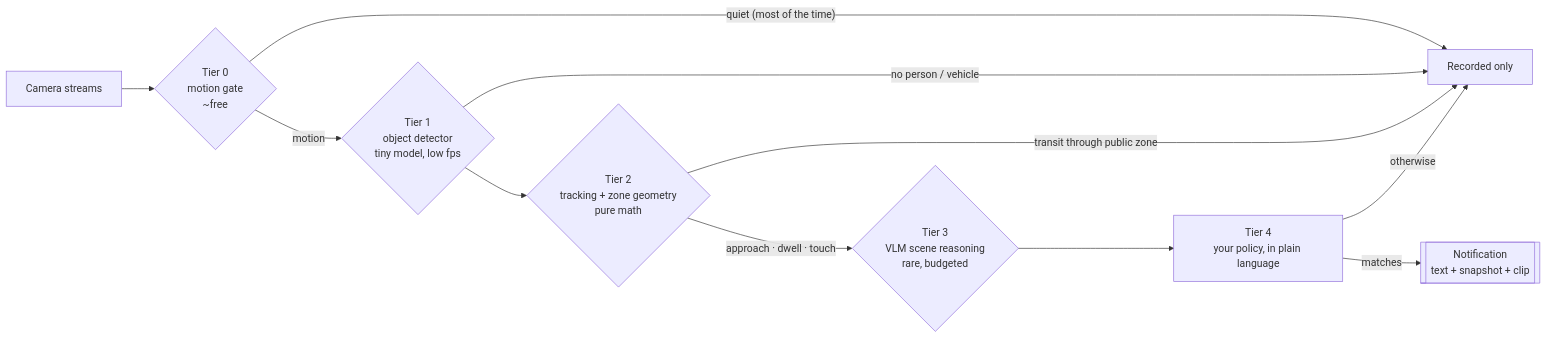
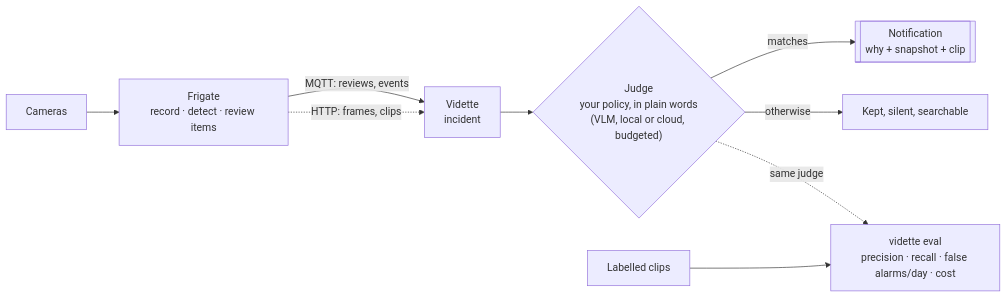
One commit to baadev/vidette changed the diagram in README.md. Above: the diagram before and after it, drawn with Mermaid. The commit also changed other lines of this file and 237 other files, not shown here.

First line of the commit message:
feat!: v0.2 intent layer over Frigate (development snapshot)

````diff
--- a/README.md
+++ b/README.md
@@ -85,23 +76,17 @@
 ```mermaid
 flowchart LR
-    A[Camera streams] --> B{"Tier 0
-motion gate
-~free"}
-    B -- "quiet (most of the time)" --> Z[Recorded only]
-    B -- motion --> C{"Tier 1
-object detector
-tiny model, low fps"}
-    C -- "no person / vehicle" --> Z
-    C --> D{"Tier 2
-tracking + zone geometry
-pure math"}
-    D -- "transit through public zone" --> Z
-    D -- "approach · dwell · touch" --> E{"Tier 3
-VLM scene reasoning
-rare, budgeted"}
-    E --> F["Tier 4
-your policy, in plain language"]
-    F -- matches --> G[["Notification
-text + snapshot + clip"]]
-    F -- otherwise --> Z
+    C[Cameras] --> F["Frigate
+record · detect · review items"]
+    F -- "MQTT: reviews, events" --> I["Vidette
+incident"]
+    F -. "HTTP: frames, clips" .-> I
+    I --> J{"Judge
+your policy, in plain words
+(VLM, local or cloud, budgeted)"}
+    J -- matches --> N[["Notification
+why + snapshot + clip"]]
+    J -- otherwise --> S[Kept, silent, searchable]
+    L["Labelled clips"] --> E["vidette eval
+precision · recall · false alarms/day · cost"]
+    J -. same judge .-> E
 ```
````
